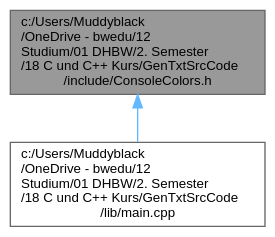
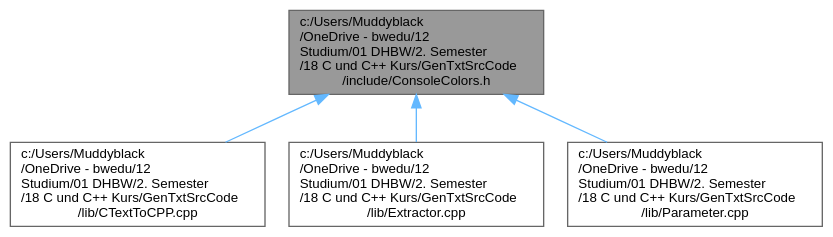
Before and after one commit to Muddyblack/Cpp_Project: the diagram in _console_colors_8h__dep__incl.dot, drawn with Graphviz. The commit also changed 194 other files, not shown here.

```diff
--- a/_console_colors_8h__dep__incl.dot
+++ b/_console_colors_8h__dep__incl.dot
@@ -1,10 +1,14 @@
 digraph "c:/Users/Muddyblack/OneDrive - bwedu/12 Studium/01 DHBW/2. Semester/18 C und C++ Kurs/GenTxtSrcCode/include/ConsoleColors.h"
 {
  // LATEX_PDF_SIZE
   bgcolor="transparent";
   edge [fontname=Helvetica,fontsize=10,labelfontname=Helvetica,labelfontsize=10];
   node [fontname=Helvetica,fontsize=10,shape=box,height=0.2,width=0.4];
   Node1 [id="Node000001",label="c:/Users/Muddyblack\l/OneDrive - bwedu/12\l Studium/01 DHBW/2. Semester\l/18 C und C++ Kurs/GenTxtSrcCode\l/include/ConsoleColors.h",height=0.2,width=0.4,color="gray40", fillcolor="grey60", style="filled", fontcolor="black",tooltip="Contains escape sequences for console colors."];
   Node1 -> Node2 [id="edge1_Node000001_Node000002",dir="back",color="steelblue1",style="solid",tooltip=" "];
-  Node2 [id="Node000002",label="c:/Users/Muddyblack\l/OneDrive - bwedu/12\l Studium/01 DHBW/2. Semester\l/18 C und C++ Kurs/GenTxtSrcCode\l/lib/main.cpp",height=0.2,width=0.4,color="grey40", fillcolor="white", style="filled",URL="$main_8cpp.html",tooltip="Main entry point for the Generating program. This program generates C/C++ code from text input files ..."];
+  Node2 [id="Node000002",label="c:/Users/Muddyblack\l/OneDrive - bwedu/12\l Studium/01 DHBW/2. Semester\l/18 C und C++ Kurs/GenTxtSrcCode\l/lib/CTextToCPP.cpp",height=0.2,width=0.4,color="grey40", fillcolor="white", style="filled",URL="$_c_text_to_c_p_p_8cpp.html",tooltip=" "];
+  Node1 -> Node3 [id="edge2_Node000001_Node000003",dir="back",color="steelblue1",style="solid",tooltip=" "];
+  Node3 [id="Node000003",label="c:/Users/Muddyblack\l/OneDrive - bwedu/12\l Studium/01 DHBW/2. Semester\l/18 C und C++ Kurs/GenTxtSrcCode\l/lib/Extractor.cpp",height=0.2,width=0.4,color="grey40", fillcolor="white", style="filled",URL="$_extractor_8cpp.html",tooltip=" "];
+  Node1 -> Node4 [id="edge3_Node000001_Node000004",dir="back",color="steelblue1",style="solid",tooltip=" "];
+  Node4 [id="Node000004",label="c:/Users/Muddyblack\l/OneDrive - bwedu/12\l Studium/01 DHBW/2. Semester\l/18 C und C++ Kurs/GenTxtSrcCode\l/lib/Parameter.cpp",height=0.2,width=0.4,color="grey40", fillcolor="white", style="filled",URL="$_parameter_8cpp.html",tooltip=" "];
 }
```
